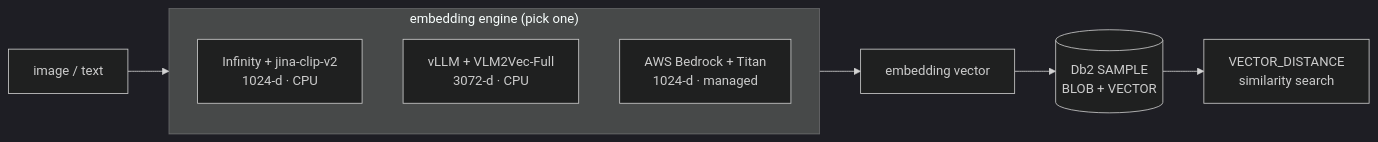
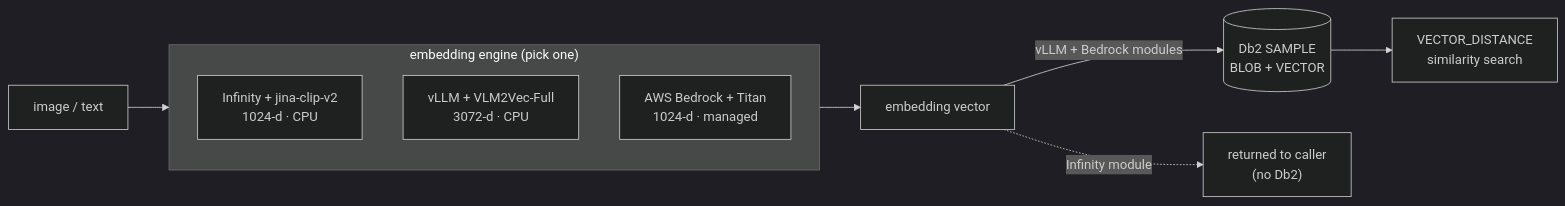
Before and after one commit to IBM/db2-ai-cookbook: the diagram in README.md, drawn with Mermaid (dark theme).

Commit message:
docs: fix root diagram — only vLLM and Bedrock store vectors in Db2, not Infinity

````diff
--- a/README.md
+++ b/README.md
@@ -12,13 +12,14 @@
 ```mermaid
 flowchart LR
     IN["image / text"] --> ENGINE
     subgraph ENGINE["embedding engine (pick one)"]
       direction TB
       M1["Infinity + jina-clip-v2<br/>1024-d · CPU"]
       M2["vLLM + VLM2Vec-Full<br/>3072-d · CPU"]
       M3["AWS Bedrock + Titan<br/>1024-d · managed"]
     end
     ENGINE --> VEC["embedding vector"]
-    VEC --> DB[("Db2 SAMPLE<br/>BLOB + VECTOR")]
+    VEC -->|"vLLM + Bedrock modules"| DB[("Db2 SAMPLE<br/>BLOB + VECTOR")]
     DB --> Q["VECTOR_DISTANCE<br/>similarity search"]
+    VEC -.->|"Infinity module"| CALLER["returned to caller<br/>(no Db2)"]
 ```
````
